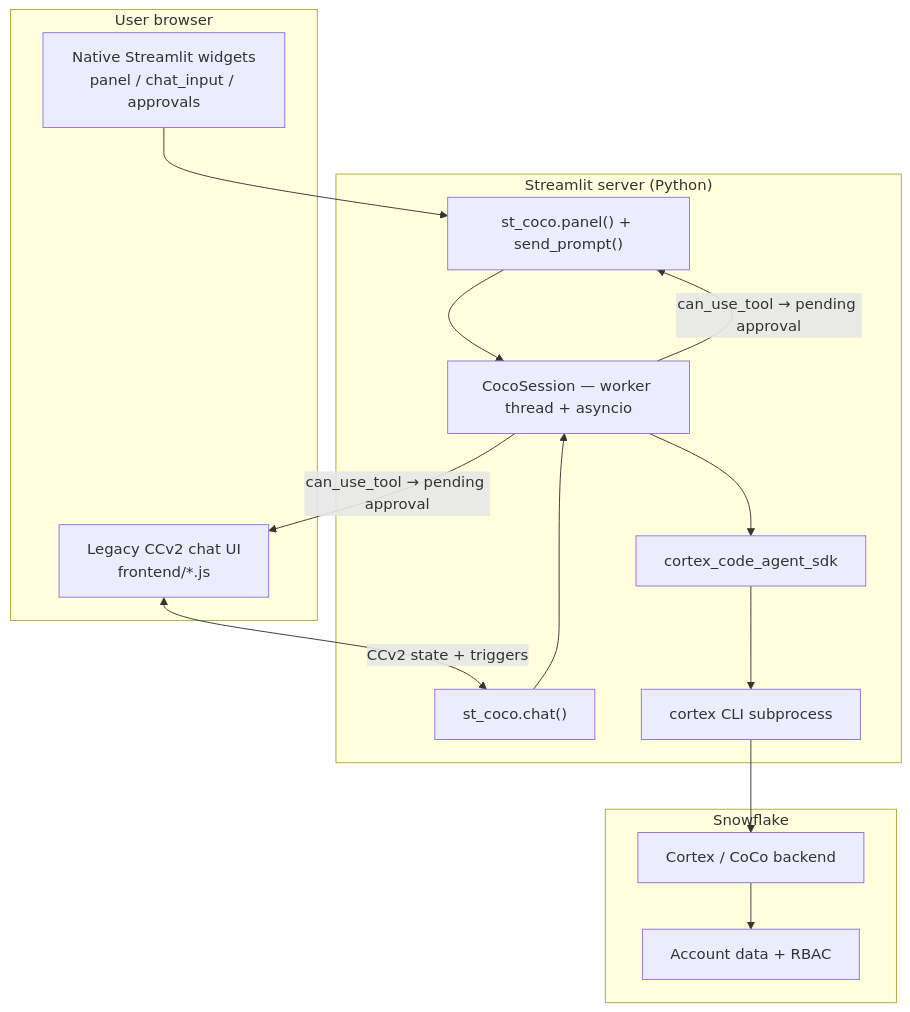
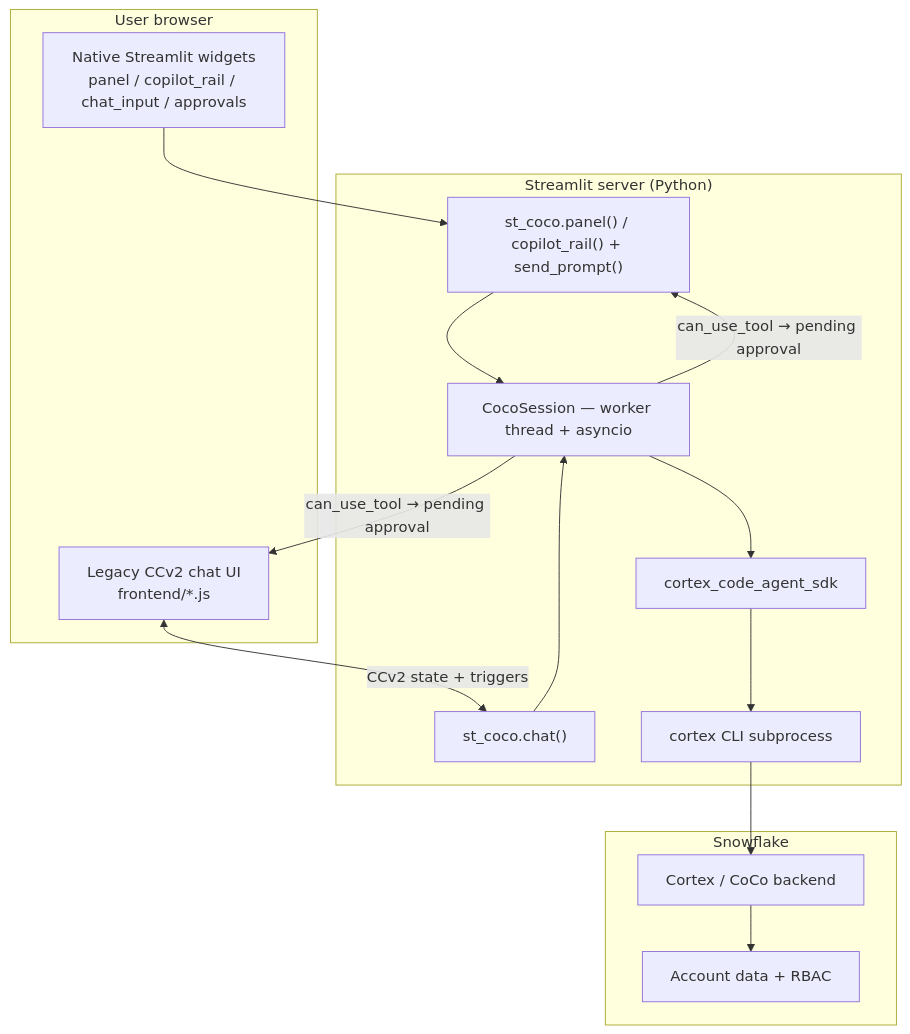
Before and after one commit to DevoteamSP/streamlit-coco: the first of 2 diagrams in doc/prd.md, drawn with Mermaid. The commit also changed other lines of this file and 90 other files, not shown here.

````diff
--- a/doc/prd.md
+++ b/doc/prd.md
@@ -100,31 +100,31 @@
 ```mermaid
 flowchart TB
     subgraph Browser["User browser"]
-        Native["Native Streamlit widgets\npanel / chat_input / approvals"]
+        Native["Native Streamlit widgets\npanel / copilot_rail / chat_input / approvals"]
         CCv2["Legacy CCv2 chat UI\nfrontend/*.js"]
     end
 
     subgraph StreamlitServer["Streamlit server (Python)"]
-        Panel["st_coco.panel() + send_prompt()"]
+        Panel["st_coco.panel() / copilot_rail() + send_prompt()"]
         Chat["st_coco.chat()"]
         Session["CocoSession — worker thread + asyncio"]
         SDK["cortex_code_agent_sdk"]
         CLI["cortex CLI subprocess"]
     end
 
     subgraph Snowflake["Snowflake"]
         Cortex["Cortex / CoCo backend"]
         Data["Account data + RBAC"]
     end
 
     Native --> Panel
     CCv2 <-->|"CCv2 state + triggers"| Chat
     Panel --> Session
     Chat --> Session
     Session --> SDK
     SDK --> CLI
     CLI --> Cortex
     Cortex --> Data
     Session -->|"can_use_tool → pending approval"| Panel
     Session -->|"can_use_tool → pending approval"| CCv2
 ```
````
